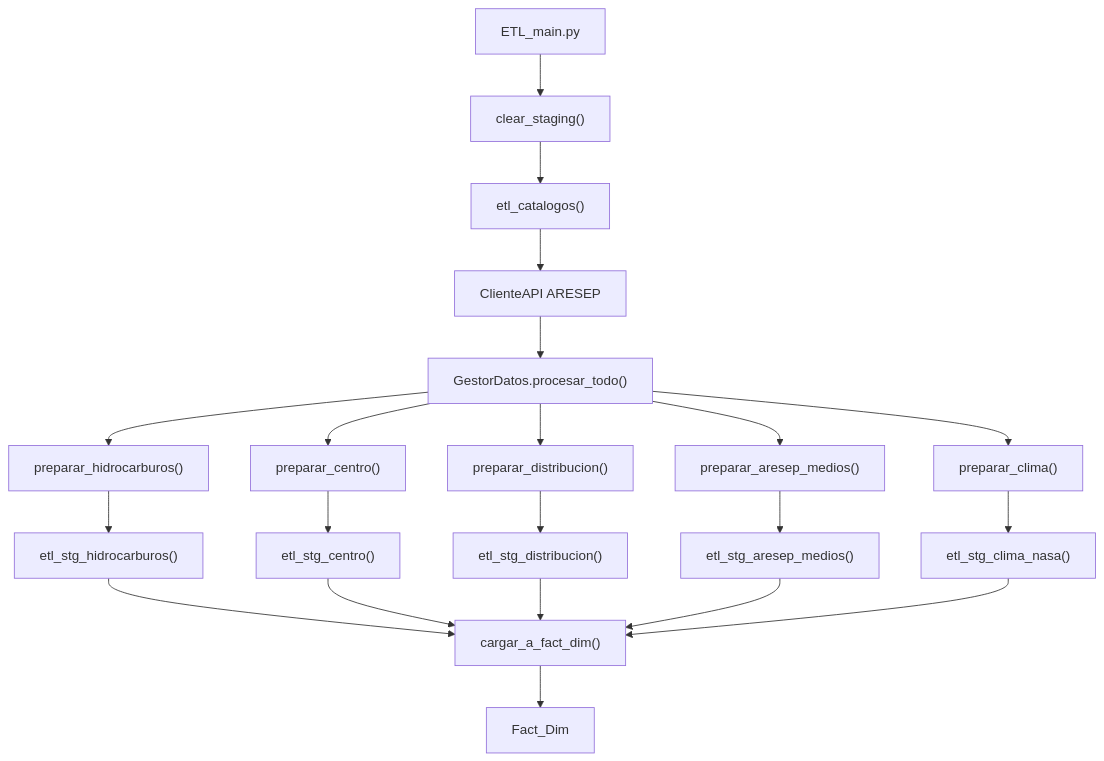
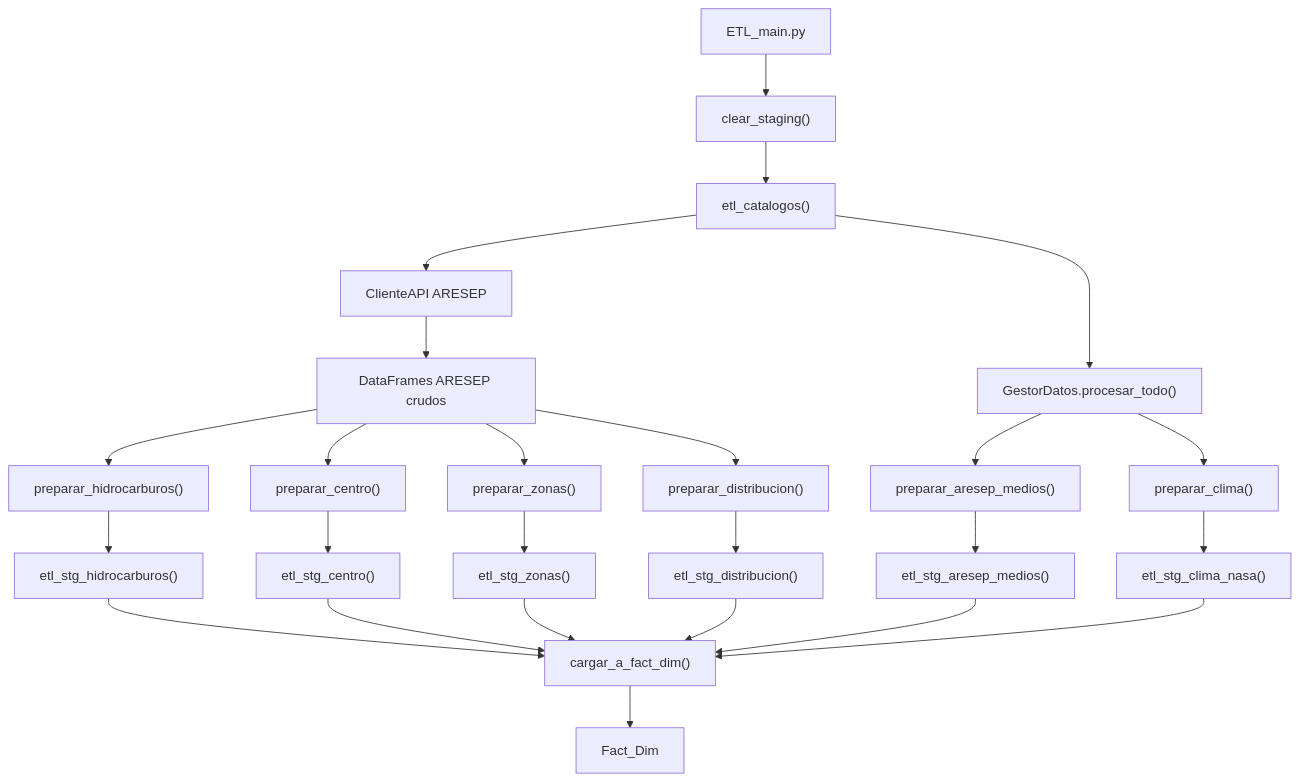
Before and after one commit to DiegoMonteroCRC/Prediccion_Consumo_Energia_Costa_Rica: the second of 5 diagrams in README.md, drawn with Mermaid. The commit also changed other lines of this file and 16 other files, not shown here.

First line of the commit message:
docs/Se actualiza el README con diagramas del DW y estructura ETL vigente

````diff
--- a/README.md
+++ b/README.md
@@ -188,23 +189,27 @@
 ```mermaid
 flowchart TD
     A["ETL_main.py"] --> B["clear_staging()"]
     B --> C["etl_catalogos()"]
     C --> D["ClienteAPI ARESEP"]
-    D --> E["GestorDatos.procesar_todo()"]
-    E --> F["preparar_hidrocarburos()"]
-    E --> G["preparar_centro()"]
-    E --> H["preparar_distribucion()"]
-    E --> I["preparar_aresep_medios()"]
-    E --> J["preparar_clima()"]
-    F --> K["etl_stg_hidrocarburos()"]
-    G --> L["etl_stg_centro()"]
-    H --> M["etl_stg_distribucion()"]
-    I --> N["etl_stg_aresep_medios()"]
-    J --> O["etl_stg_clima_nasa()"]
-    K --> P["cargar_a_fact_dim()"]
-    L --> P
-    M --> P
-    N --> P
-    O --> P
-    P --> Q["Fact_Dim"]
+    D --> E["DataFrames ARESEP crudos"]
+    C --> F["GestorDatos.procesar_todo()"]
+    E --> G["preparar_hidrocarburos()"]
+    E --> H["preparar_centro()"]
+    E --> I["preparar_zonas()"]
+    E --> J["preparar_distribucion()"]
+    F --> K["preparar_aresep_medios()"]
+    F --> L["preparar_clima()"]
+    G --> M["etl_stg_hidrocarburos()"]
+    H --> N["etl_stg_centro()"]
+    I --> O["etl_stg_zonas()"]
+    J --> P["etl_stg_distribucion()"]
+    K --> Q["etl_stg_aresep_medios()"]
+    L --> R["etl_stg_clima_nasa()"]
+    M --> S["cargar_a_fact_dim()"]
+    N --> S
+    O --> S
+    P --> S
+    Q --> S
+    R --> S
+    S --> T["Fact_Dim"]
 ```
````
